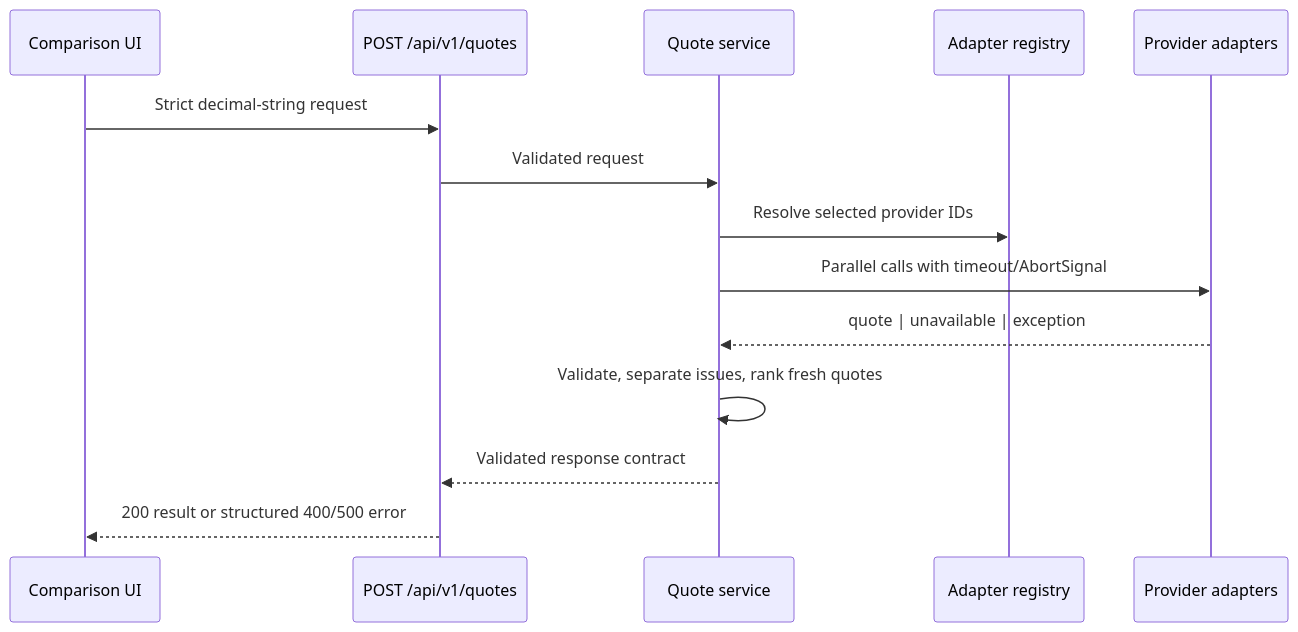
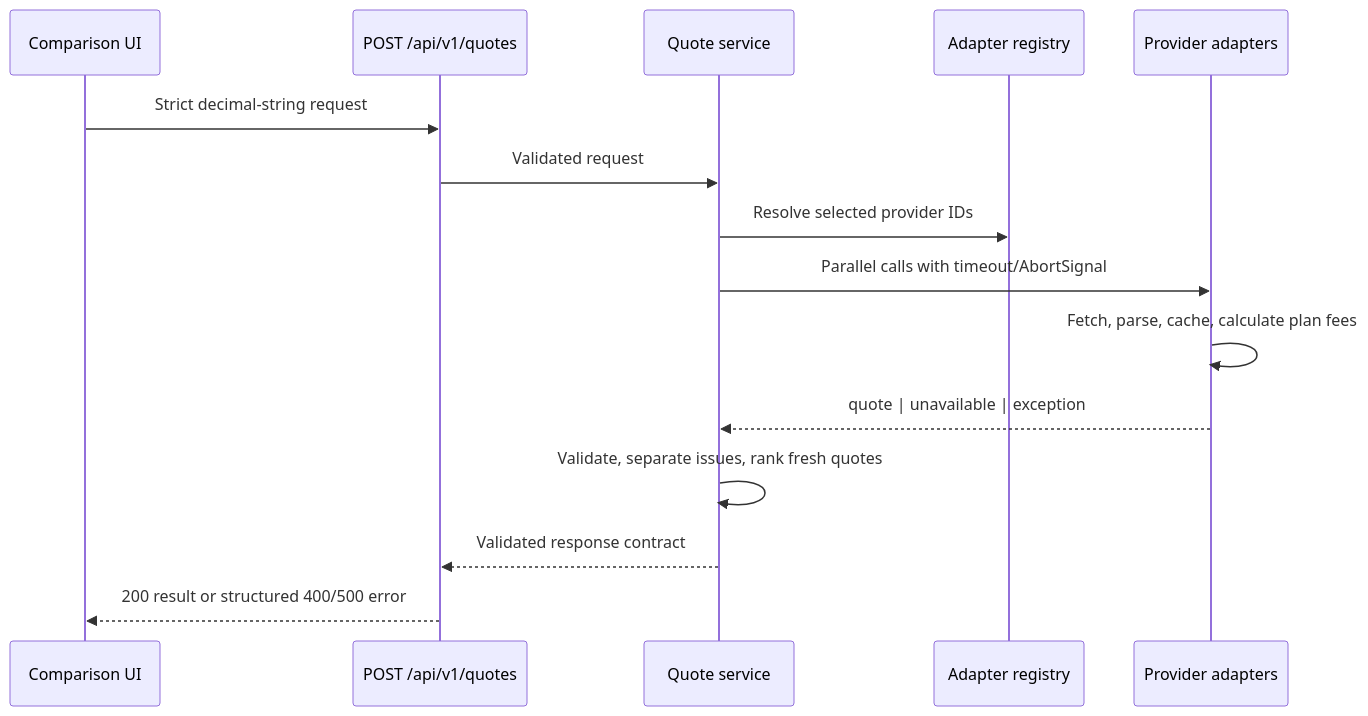
Before and after one commit to Busaman/exchangerates: the second of 2 diagrams in ARCHITECTURE.md, drawn with Mermaid. The commit also changed other lines of this file and 26 other files, not shown here.

````diff
--- a/ARCHITECTURE.md
+++ b/ARCHITECTURE.md
@@ -94,16 +116,17 @@
 ```mermaid
 sequenceDiagram
   participant UI as Comparison UI
   participant API as POST /api/v1/quotes
   participant S as Quote service
   participant R as Adapter registry
   participant A as Provider adapters
   UI->>API: Strict decimal-string request
   API->>S: Validated request
   S->>R: Resolve selected provider IDs
   S->>A: Parallel calls with timeout/AbortSignal
+  A->>A: Fetch, parse, cache, calculate plan fees
   A-->>S: quote | unavailable | exception
   S->>S: Validate, separate issues, rank fresh quotes
   S-->>API: Validated response contract
   API-->>UI: 200 result or structured 400/500 error
 ```
````
